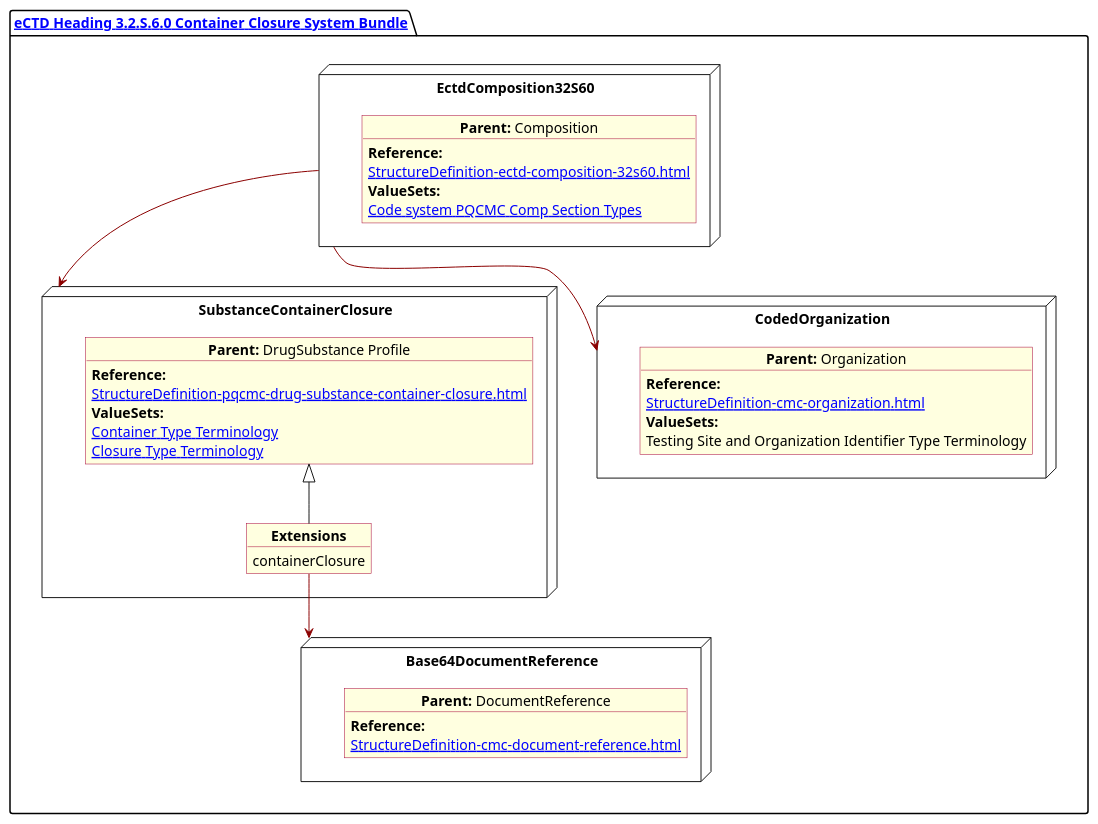
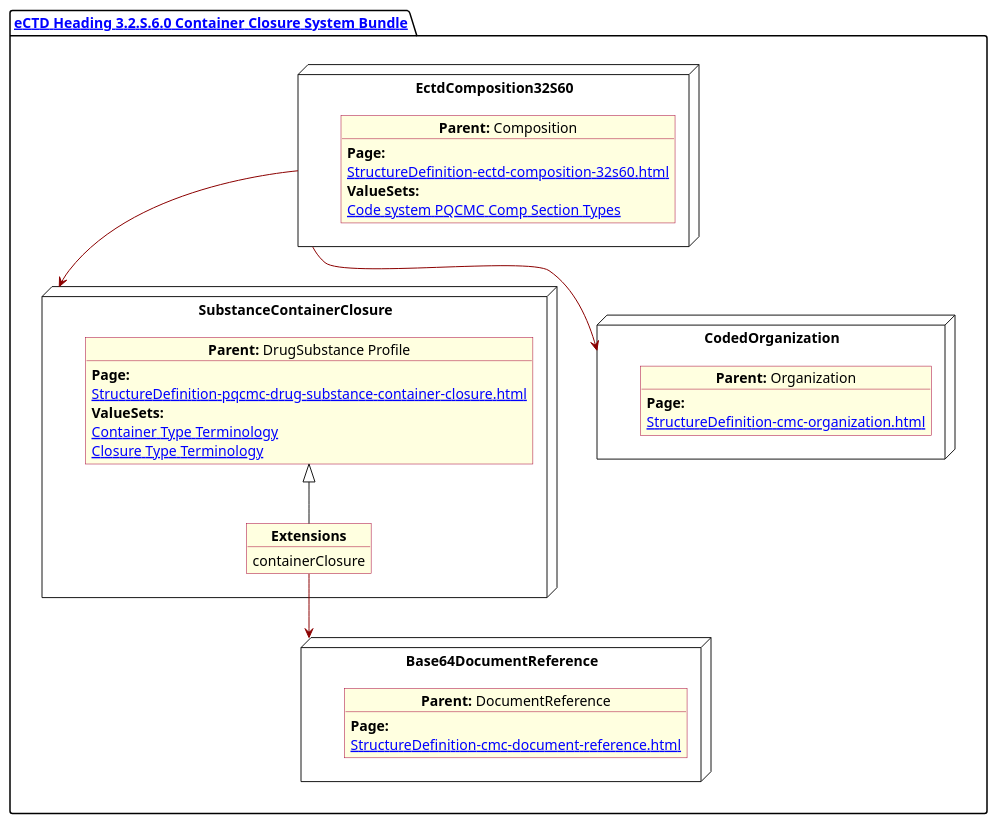
Before and after one commit to HL7/FHIR-us-pq-cmc-fda: the diagram in input/images-source/SubstanceContainer.plantuml, drawn with PlantUML. The commit also changed 53 other files, not shown here.

```diff
--- a/input/images-source/SubstanceContainer.plantuml
+++ b/input/images-source/SubstanceContainer.plantuml
@@ -1,62 +1,61 @@
 @startuml SubstanceContainer
 allowmixing
 'Mixed model of use case and object
 skinparam svgDimensionStyle false
 skinparam ObjectBackgroundColor LightYellow
 skinparam ObjectBorderColor #A80036
 skinparam activityDiamondBorderColor #A80036
 skinparam activityDiamondBackgroundColor lawnGreen
 skinparam ClassBorderThickness 4
 
 package "[[StructureDefinition-cmc-ectd-document-32s60.html eCTD Heading 3.2.S.6.0 Container Closure System Bundle]]" as NODES {
 
 
 
   node "EctdComposition32S60" as N1 {
 
     object "**Parent:** Composition" as obj1 {
-      **Reference:**
+      **Page:**
       [[StructureDefinition-ectd-composition-32s60.html]]
       **ValueSets:**
       [[ValueSet-cmc-comp-section-types-vs.html Code system PQCMC Comp Section Types]]
     }
 
   }
   node "SubstanceContainerClosure" as N21 {
 
     object "**Parent:** DrugSubstance Profile" as obj22 {
-      **Reference:**
+      **Page:**
       [[StructureDefinition-pqcmc-drug-substance-container-closure.html]]
       **ValueSets:**
       [[ValueSet-pqcmc-container-type-terminology.html Container Type Terminology]]
       [[ValueSet-pqcmc-closure-type-terminology.html Closure Type Terminology]]
     }
     object "**Extensions**" as objEx {
       containerClosure
     }
     obj22 <|-- objEx
   }
   node "Base64DocumentReference" as NB64 {
 
     object "**Parent:** DocumentReference"  as obj64 {
 
-      **Reference:**
+      **Page:**
       [[StructureDefinition-cmc-document-reference.html]]
     }
 
   }
   node "CodedOrganization" as NSO {
 
     object "**Parent:** Organization" as objAu {
-      **Reference:**
+      **Page:**
       [[StructureDefinition-cmc-organization.html]]
-      **ValueSets:**
-      Testing Site and Organization Identifier Type Terminology
+
     }
   }
 }
 
 N1 -[#darkred]-> N21
 N1 -[#darkred]-> NSO
 objEx -[#darkred]-> NB64
 @enduml
```
